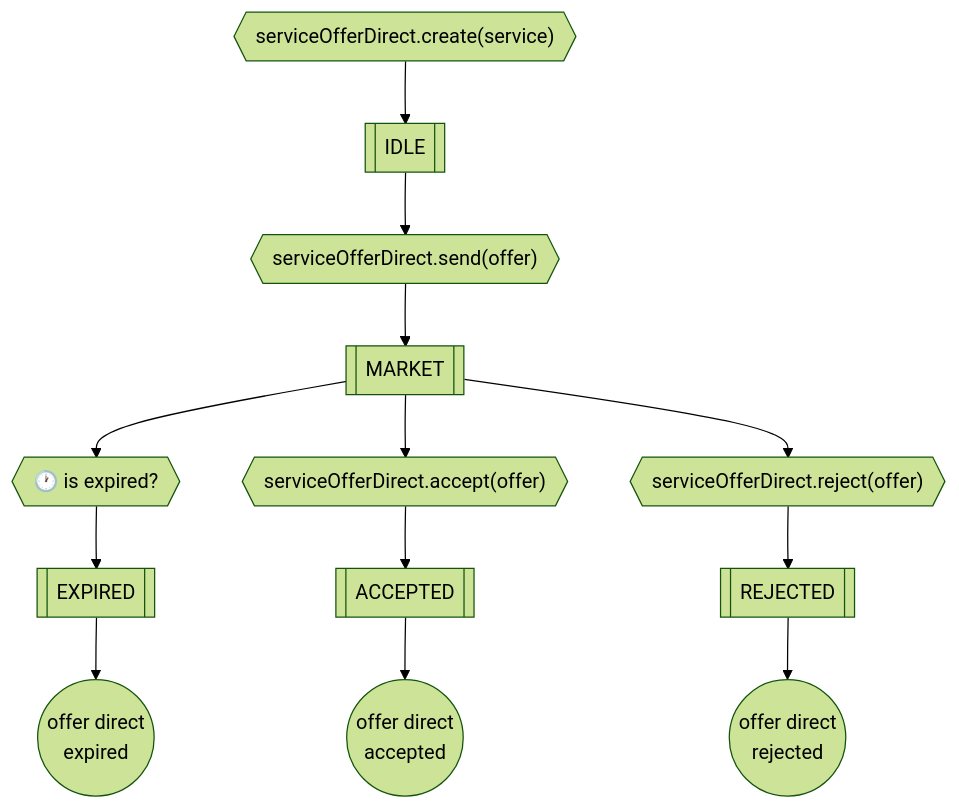
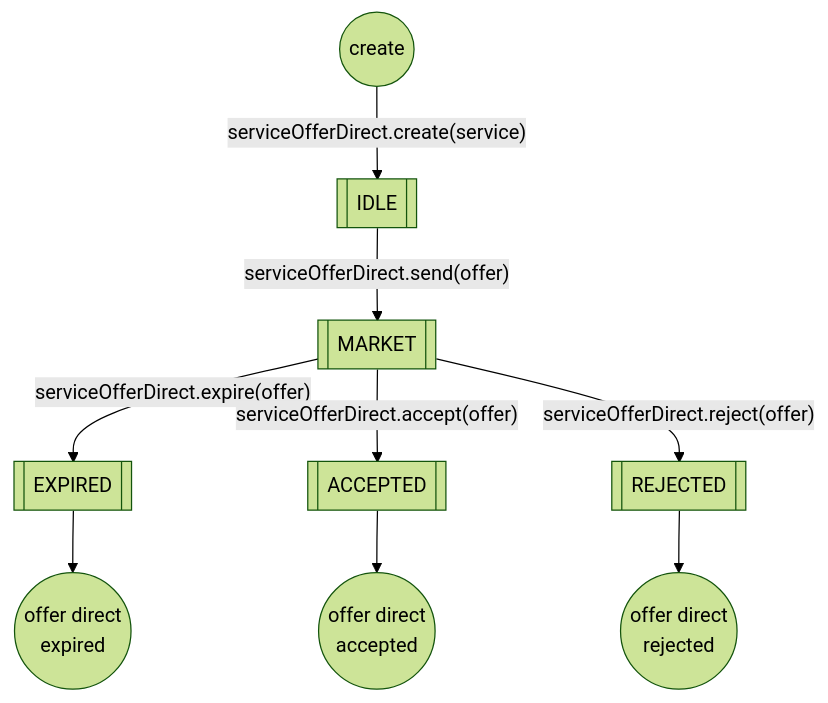
One commit to fsprojekti/shr-mfg-cpl-sim changed the third of 3 diagrams in README.md. Above: the diagram before and after it, drawn with Mermaid (forest theme). The commit also changed other lines of this file and 4 other files, not shown here.

````diff
--- a/README.md
+++ b/README.md
@@ -41,17 +39,20 @@
 ```mermaid
-graph 
+graph
+    A0(("create"))-->|"serviceOfferDirect.create(service)"|A
     A[[IDLE]]
     B[[MARKET]]
     C[[EXPIRED]]
     D[[ACCEPTED]]
     E[[REJECTED]]
     
-    AA{{"serviceOfferDirect.create(service)"}} --> A 
-    A --> T1{{"serviceOfferDirect.send(offer)"}} --> B
-    B --> T2{{"&#128336 is expired?"}} --> C 
+    A -->|"serviceOfferDirect.send(offer)"| B
+    B-->|"serviceOfferDirect.expire(offer)"|C
+    B-->|"serviceOfferDirect.accept(offer)"|D
+    B-->|"serviceOfferDirect.reject(offer)"|E
     C --> T4(("offer direct </br> expired"))
-    B --> T5{{"serviceOfferDirect.accept(offer)"}} --> D
-    B --> T6{{"serviceOfferDirect.reject(offer)"}} --> E
     D-->T7((offer direct<br>accepted))
     E-->T8((offer direct<br>rejected))
+    
+    
+
 ```
````
